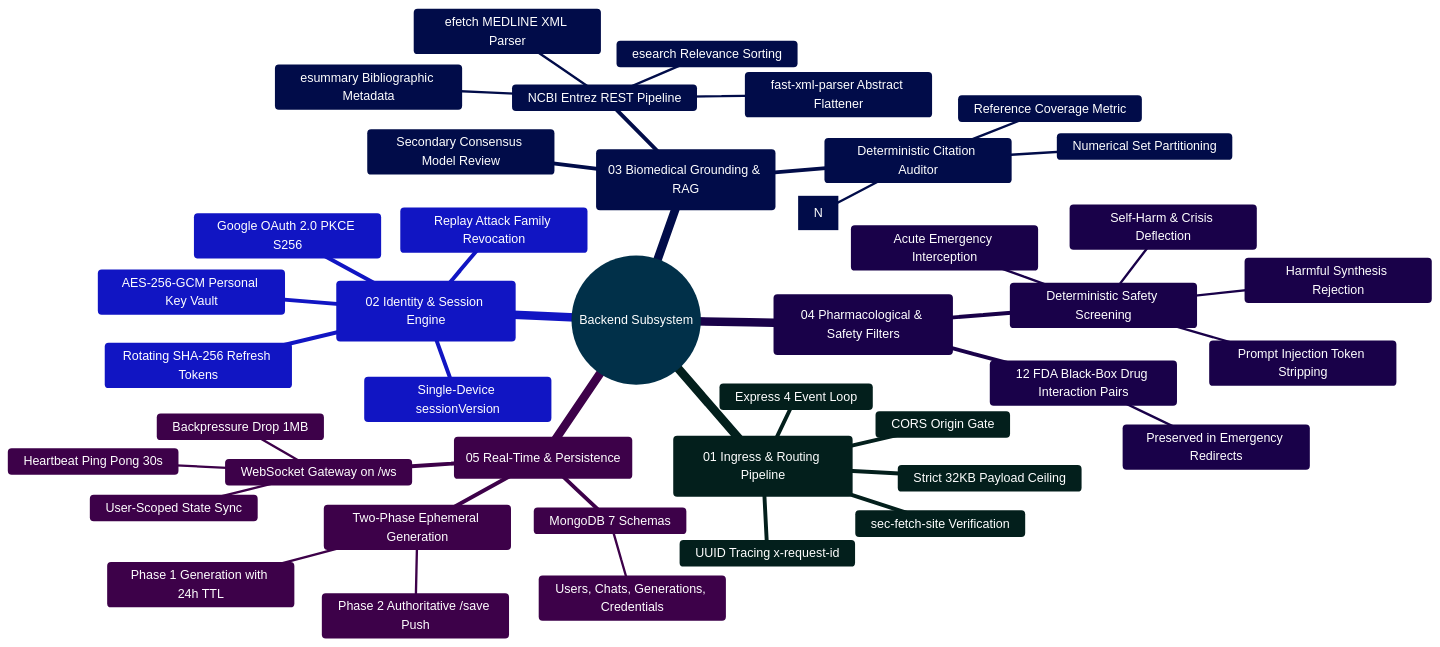
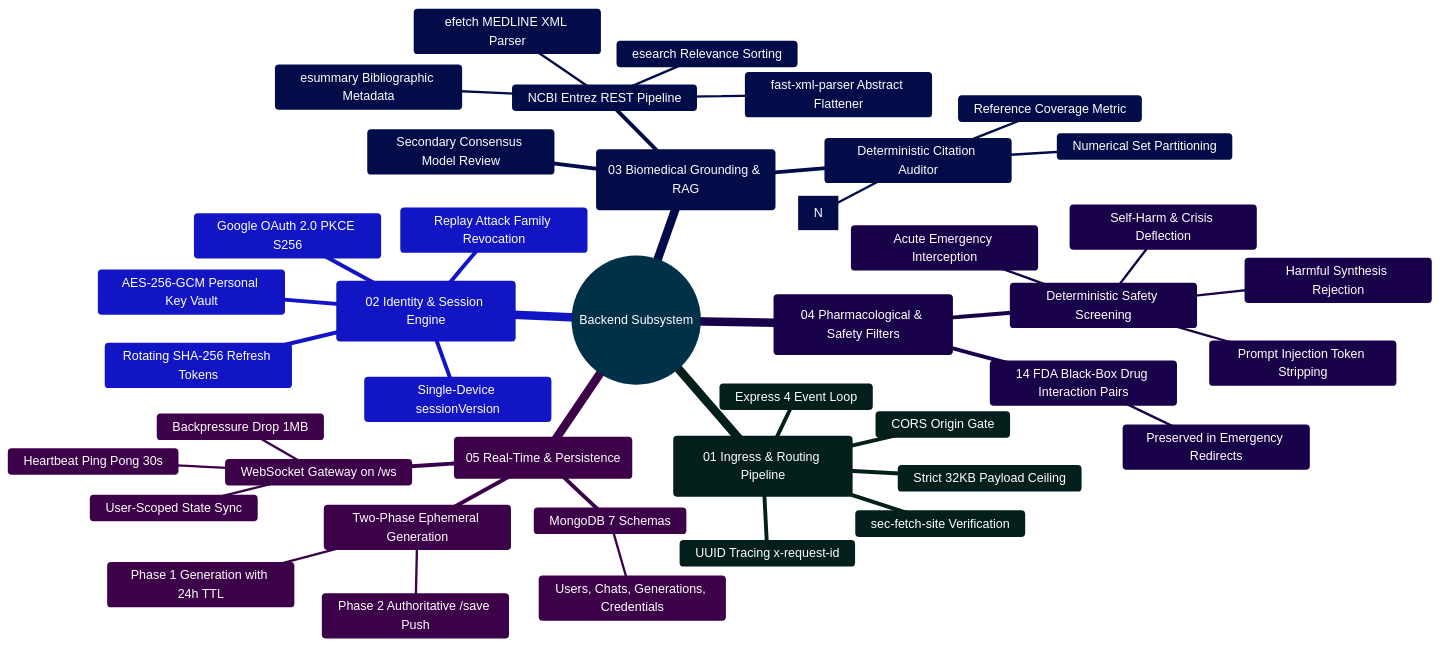
One commit to Ganesh172919/React-App-LLM changed the diagram in backend/README.md. Above: the diagram before and after it, drawn with Mermaid. The commit also changed other lines of this file and 11 other files, not shown here.

Commit message:
docs: comprehensive update across architecture, 13 clinical tools, and 14 FDA drug interaction rules

````diff
--- a/backend/README.md
+++ b/backend/README.md
@@ -73,47 +73,47 @@
 ```mermaid
 %%{init: {'theme': 'base', 'themeVariables': { 'primaryColor': '#0284c7', 'primaryTextColor': '#ffffff', 'primaryBorderColor': '#0369a1', 'lineColor': '#0284c7', 'secondaryColor': '#0d9488', 'tertiaryColor': '#6366f1' }}}%%
 mindmap
   root((Backend Subsystem))
     ::icon(fa fa-server)
     (01 Ingress & Routing Pipeline)
       Express 4 Event Loop
       UUID Tracing x-request-id
       CORS Origin Gate
       sec-fetch-site Verification
       Strict 32KB Payload Ceiling
     (02 Identity & Session Engine)
       Single-Device sessionVersion
       Rotating SHA-256 Refresh Tokens
       Replay Attack Family Revocation
       Google OAuth 2.0 PKCE S256
       AES-256-GCM Personal Key Vault
     (03 Biomedical Grounding & RAG)
       NCBI Entrez REST Pipeline
         esearch Relevance Sorting
         esummary Bibliographic Metadata
         efetch MEDLINE XML Parser
         fast-xml-parser Abstract Flattener
       Deterministic Citation Auditor
         Bracket Regex Extraction [N]
         Numerical Set Partitioning
         Reference Coverage Metric
       Secondary Consensus Model Review
     (04 Pharmacological & Safety Filters)
       Deterministic Safety Screening
         Self-Harm & Crisis Deflection
         Acute Emergency Interception
         Harmful Synthesis Rejection
         Prompt Injection Token Stripping
-      12 FDA Black-Box Drug Interaction Pairs
+      14 FDA Black-Box Drug Interaction Pairs
         Preserved in Emergency Redirects
     (05 Real-Time & Persistence)
       Two-Phase Ephemeral Generation
         Phase 1 Generation with 24h TTL
         Phase 2 Authoritative /save Push
       WebSocket Gateway on /ws
         Heartbeat Ping Pong 30s
         Backpressure Drop 1MB
         User-Scoped State Sync
       MongoDB 7 Schemas
         Users, Chats, Generations, Credentials
 ```
````
